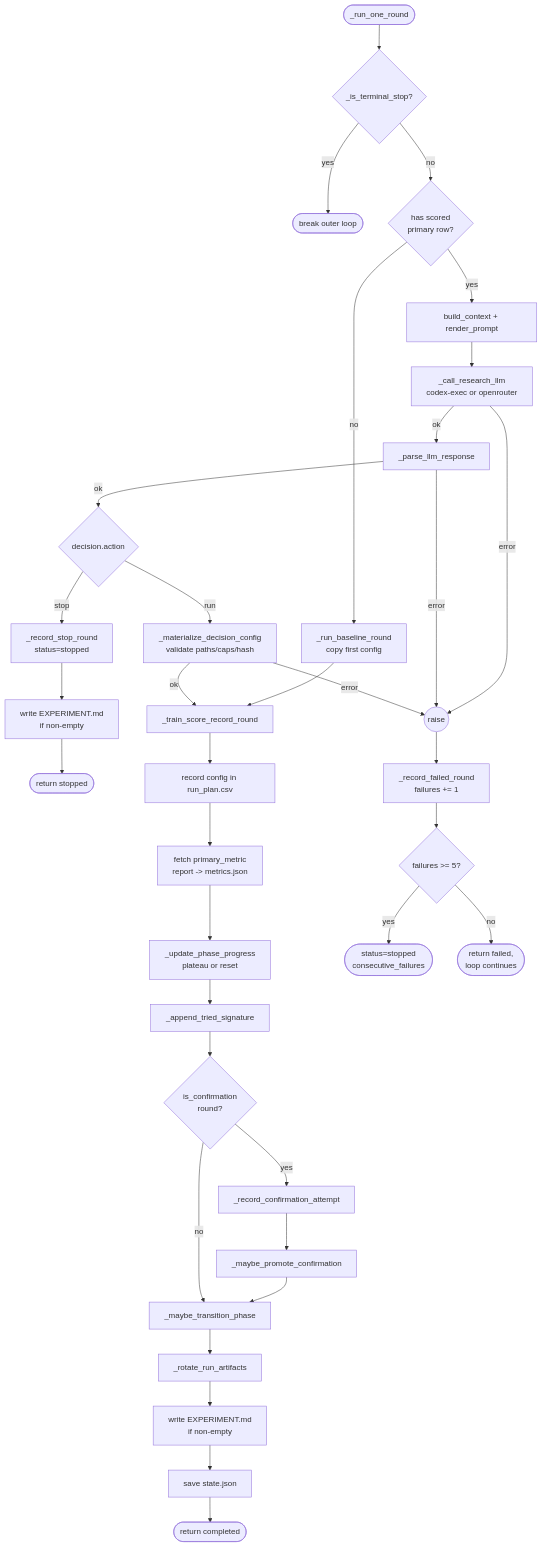
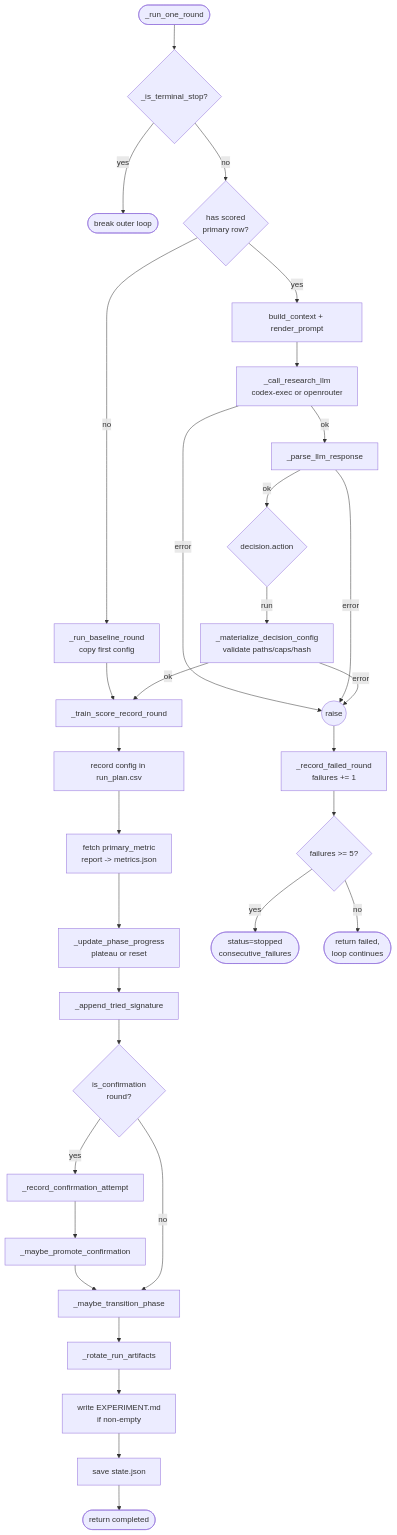
Before and after one commit to dshap474/numereng: the second of 5 diagrams in src/numereng/features/agentic_research/STATE_DIAGRAM.md, drawn with Mermaid. The commit also changed other lines of this file and 1 other file, not shown here.

Commit message:
docs: STATE_DIAGRAM + ADR follow-up for budget-bounded runs

````diff
--- a/src/numereng/features/agentic_research/STATE_DIAGRAM.md
+++ b/src/numereng/features/agentic_research/STATE_DIAGRAM.md
@@ -64,43 +61,39 @@
 ```mermaid
 flowchart TD
     Start([_run_one_round]) --> CheckStop{_is_terminal_stop?}
     CheckStop -- yes --> Break([break outer loop])
     CheckStop -- no --> CheckBase{has scored<br/>primary row?}
 
     CheckBase -- no --> Baseline[_run_baseline_round<br/>copy first config]
     Baseline --> Train
 
     CheckBase -- yes --> BuildCtx[build_context + render_prompt]
     BuildCtx --> CallLLM[_call_research_llm<br/>codex-exec or openrouter]
     CallLLM -- error --> RaiseExc((raise))
     CallLLM -- ok --> ParseLLM[_parse_llm_response]
     ParseLLM -- error --> RaiseExc
     ParseLLM -- ok --> DecideAction{decision.action}
-
-    DecideAction -- stop --> RecordStop[_record_stop_round<br/>status=stopped]
-    RecordStop --> WriteMd1[write EXPERIMENT.md<br/>if non-empty]
-    WriteMd1 --> EndStop([return stopped])
 
     DecideAction -- run --> Mat[_materialize_decision_config<br/>validate paths/caps/hash]
     Mat -- error --> RaiseExc
     Mat -- ok --> Train[_train_score_record_round]
 
     Train --> RecordPlan[record config in run_plan.csv]
     RecordPlan --> Metric[fetch primary_metric<br/>report -> metrics.json]
     Metric --> UpdatePhase[_update_phase_progress<br/>plateau or reset]
     UpdatePhase --> Sig[_append_tried_signature]
     Sig --> Conf{is_confirmation<br/>round?}
     Conf -- yes --> RecConf[_record_confirmation_attempt]
     RecConf --> MaybePromote[_maybe_promote_confirmation]
     MaybePromote --> Trans
     Conf -- no --> Trans[_maybe_transition_phase]
     Trans --> Rotate[_rotate_run_artifacts]
     Rotate --> WriteMd2[write EXPERIMENT.md<br/>if non-empty]
     WriteMd2 --> SaveState[save state.json]
     SaveState --> EndRun([return completed])
 
     RaiseExc --> Fail[_record_failed_round<br/>failures += 1]
     Fail --> CheckBail{failures &gt;= 5?}
     CheckBail -- yes --> FailBail([status=stopped<br/>consecutive_failures])
     CheckBail -- no --> EndFail([return failed,<br/>loop continues])
 ```
````
